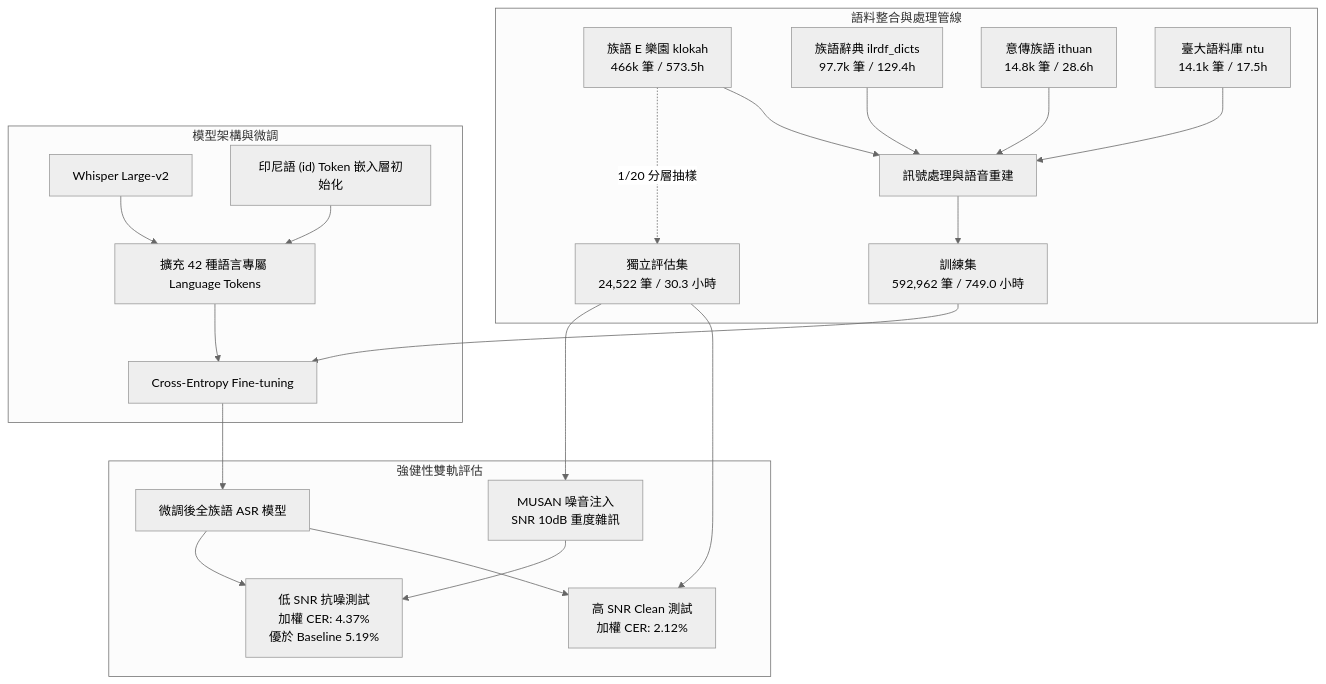
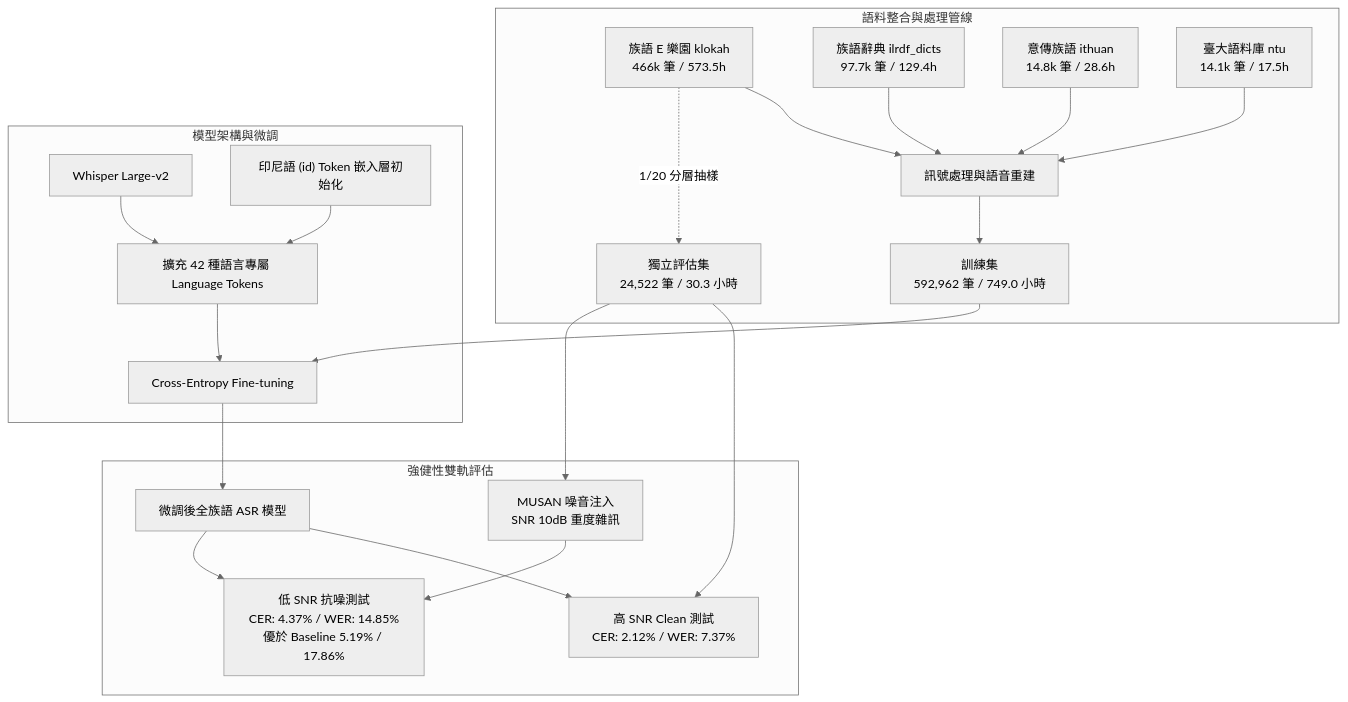
The first of 2 diagrams in reports/2026-09-08/asr_technical_report.md (Voxmosa/Formosan-AI-Reports), drawn with Mermaid (neutral theme) before and after one commit. The commit also changed other lines of this file, not shown here.

Commit message:
docs(report): integrate WER metrics alongside CER across all benchmark sections

````diff
--- a/reports/2026-09-08/asr_technical_report.md
+++ b/reports/2026-09-08/asr_technical_report.md
@@ -27,27 +27,27 @@
 ```mermaid
 flowchart TD
     subgraph DataPipeline [語料整合與處理管線]
         D1[族語 E 樂園 klokah<br/>466k 筆 / 573.5h] --> P[訊號處理與語音重建]
         D2[族語辭典 ilrdf_dicts<br/>97.7k 筆 / 129.4h] --> P
         D3[意傳族語 ithuan<br/>14.8k 筆 / 28.6h] --> P
         D4[臺大語料庫 ntu<br/>14.1k 筆 / 17.5h] --> P
         P --> TrainSet[訓練集<br/>592,962 筆 / 749.0 小時]
         D1 -. 1/20 分層抽樣 .-> EvalSet[獨立評估集<br/>24,522 筆 / 30.3 小時]
     end
 
     subgraph ModelArchitecture [模型架構與微調]
         Base[Whisper Large-v2] --> AddTokens[擴充 42 種語言專屬 Language Tokens]
         Init["印尼語 (id) Token 嵌入層初始化"] --> AddTokens
         AddTokens --> Train[Cross-Entropy Fine-tuning]
         TrainSet --> Train
     end
 
     subgraph Evaluation [強健性雙軌評估]
         Train --> NewModel[微調後全族語 ASR 模型]
-        EvalSet --> CleanEval[高 SNR Clean 測試<br/>加權 CER: 2.12%]
-        EvalSet --> NoiseInjection[MUSAN 噪音注入<br/>SNR 10dB 重度雜訊]
-        NoiseInjection --> NoisyEval[低 SNR 抗噪測試<br/>加權 CER: 4.37%<br/>優於 Baseline 5.19%]
+        EvalSet --> CleanEval["高 SNR Clean 測試<br/>CER: 2.12% / WER: 7.37%"]
+        EvalSet --> NoiseInjection["MUSAN 噪音注入<br/>SNR 10dB 重度雜訊"]
+        NoiseInjection --> NoisyEval["低 SNR 抗噪測試<br/>CER: 4.37% / WER: 14.85%<br/>優於 Baseline 5.19% / 17.86%"]
         NewModel --> CleanEval
         NewModel --> NoisyEval
     end
 ```
````
